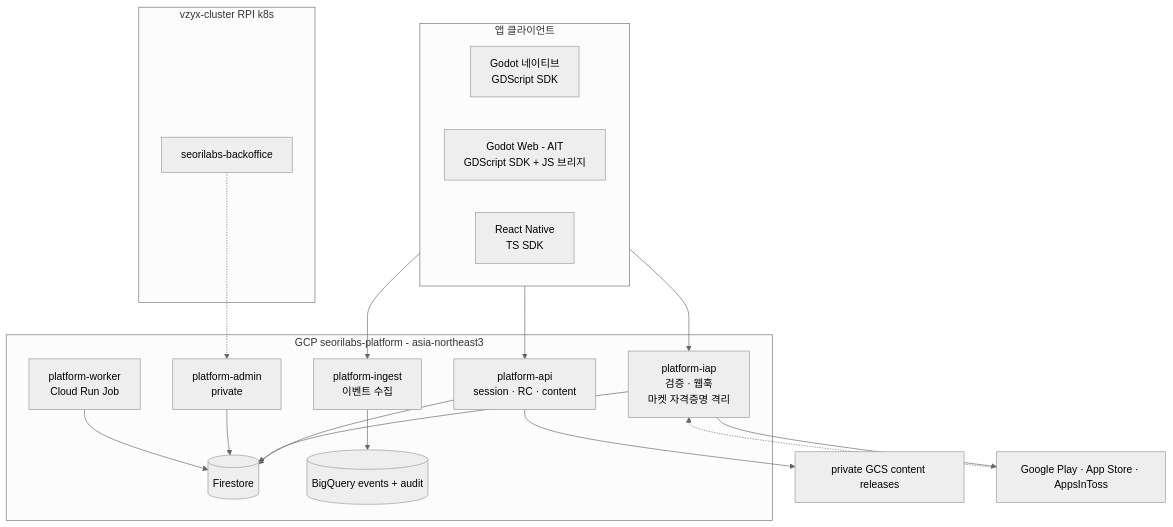
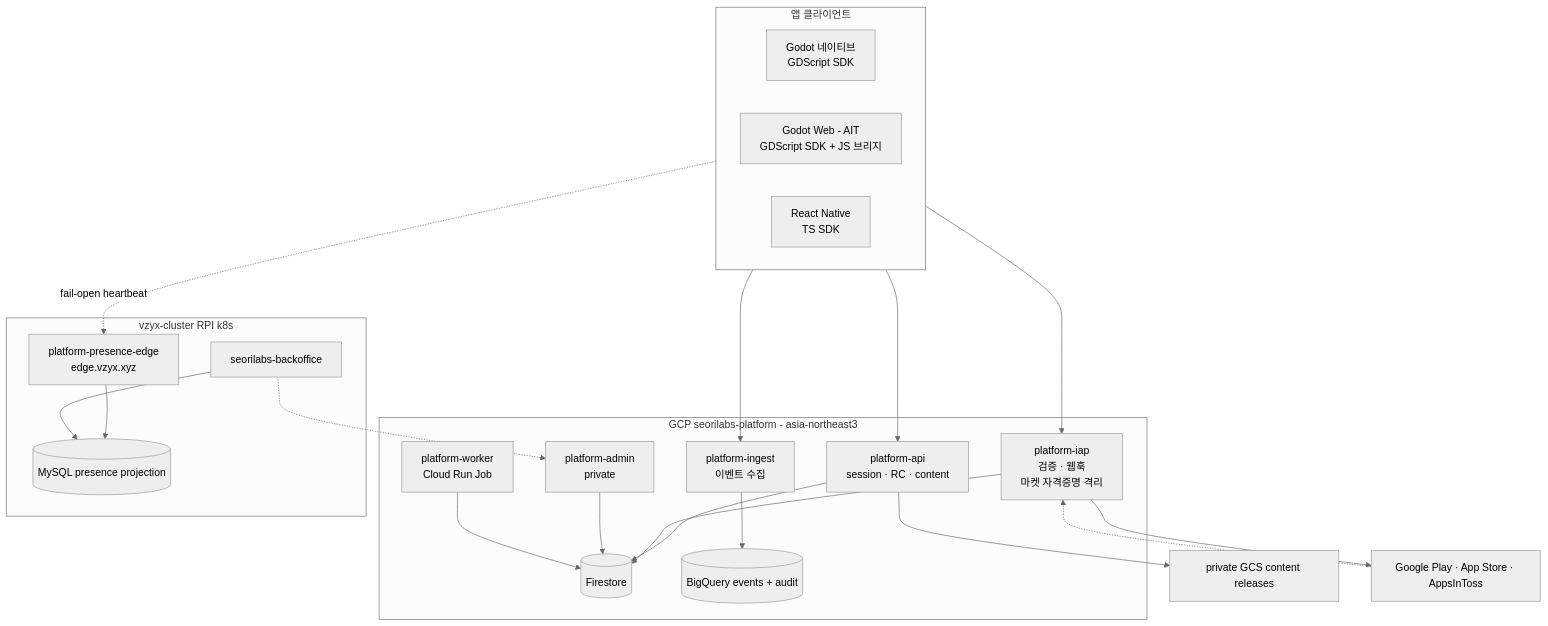
The diagram in docs/03-architecture/overview.md (seorilabs/platform), drawn with Mermaid (neutral theme) before and after one commit. The commit also changed other lines of this file and 35 other files, not shown here.

First line of the commit message:
RPI fail-open 동접 수집 경로 추가 (#77)

````diff
--- a/docs/03-architecture/overview.md
+++ b/docs/03-architecture/overview.md
@@ -5,35 +5,40 @@
 ```mermaid
 flowchart TB
   subgraph CLIENT["앱 클라이언트"]
     GD["Godot 네이티브<br/>GDScript SDK"]
     GW["Godot Web - AIT<br/>GDScript SDK + JS 브리지"]
     RN["React Native<br/>TS SDK"]
   end
 
   subgraph GCP["GCP seorilabs-platform - asia-northeast3"]
     API["platform-api<br/>session · RC · content"]
     IAP["platform-iap<br/>검증 · 웹훅<br/>마켓 자격증명 격리"]
     ING["platform-ingest<br/>이벤트 수집"]
     ADM["platform-admin<br/>private"]
     JOB["platform-worker<br/>Cloud Run Job"]
     FS[("Firestore")]
     BQ[("BigQuery events + audit")]
   end
 
   subgraph RPI["vzyx-cluster RPI k8s"]
     BO["seorilabs-backoffice"]
+    EDGE["platform-presence-edge<br/>edge.vzyx.xyz"]
+    MYSQL[("MySQL presence projection")]
   end
 
   CLIENT --> API
   CLIENT --> IAP
   CLIENT --> ING
+  CLIENT -. "fail-open heartbeat" .-> EDGE
   API --> FS
   API --> GCS["private GCS content releases"]
   IAP --> FS
   ING --> BQ
   ADM --> FS
   JOB --> FS
   IAP --> MARKETS["Google Play · App Store · AppsInToss"]
   MARKETS -.-> IAP
   BO -.-> ADM
+  EDGE --> MYSQL
+  BO --> MYSQL
 ```
````
